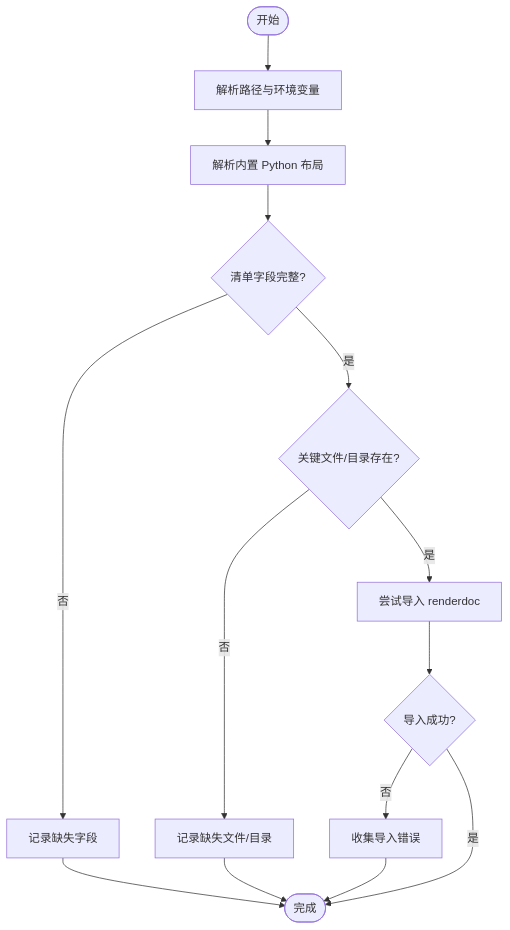
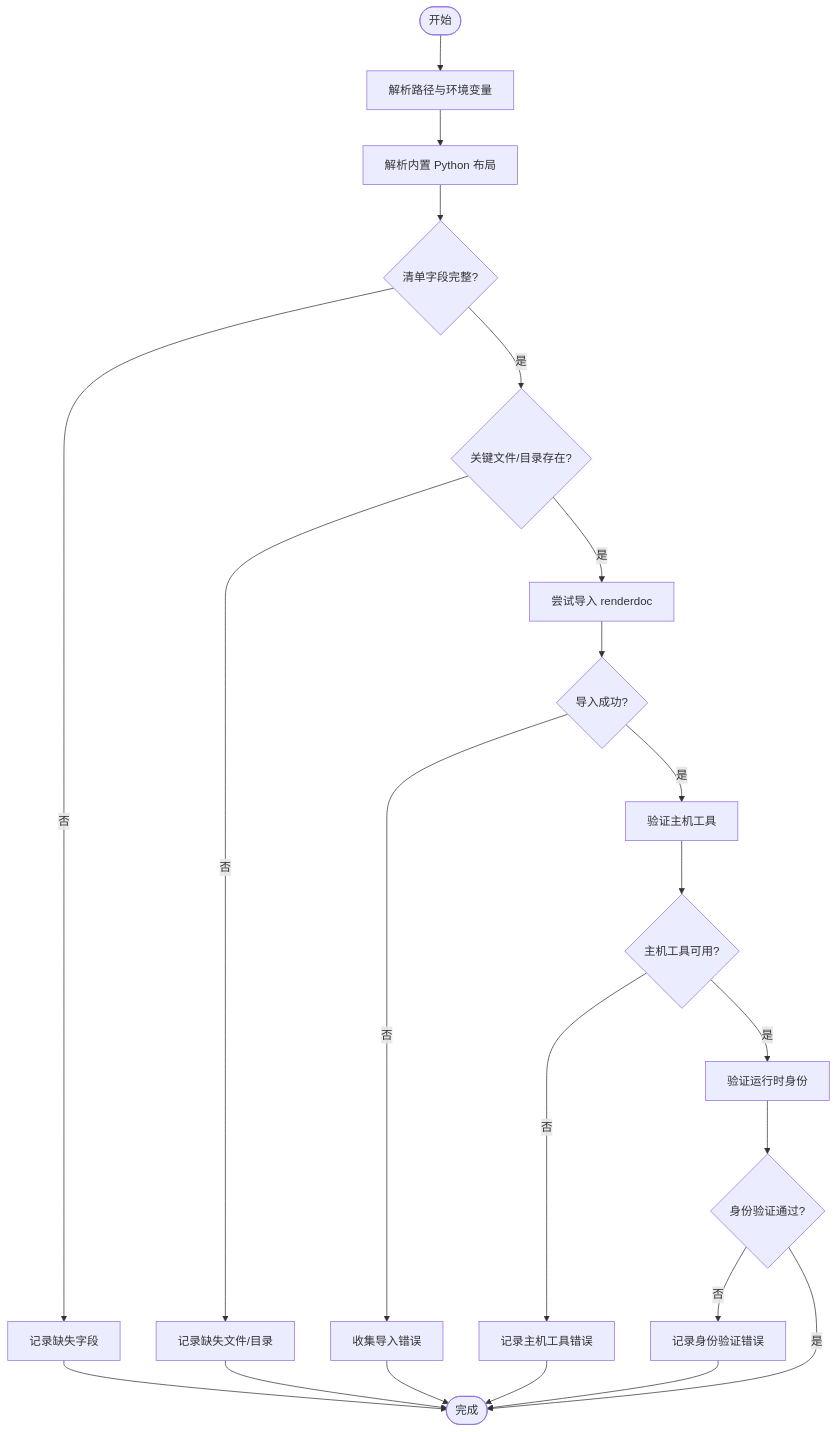
The third of 6 diagrams in .qoder/repowiki/zh/content/运行时管理/依赖检查系统.md (haolange/RDC-Tool), drawn with Mermaid before and after one commit. The commit also changed other lines of this file and 67 other files, not shown here.

````diff
--- a/.qoder/repowiki/zh/content/运行时管理/依赖检查系统.md
+++ b/.qoder/repowiki/zh/content/运行时管理/依赖检查系统.md
@@ -129,16 +168,24 @@
 ```mermaid
 flowchart TD
 Start(["开始"]) --> Env["解析路径与环境变量"]
 Env --> Layout["解析内置 Python 布局"]
 Layout --> CheckMeta{"清单字段完整?"}
 CheckMeta -- 否 --> FailMeta["记录缺失字段"]
 CheckMeta -- 是 --> CheckFiles{"关键文件/目录存在?"}
 CheckFiles -- 否 --> FailFiles["记录缺失文件/目录"]
 CheckFiles -- 是 --> ImportRD["尝试导入 renderdoc"]
 ImportRD --> RDOK{"导入成功?"}
 RDOK -- 否 --> ReportErr["收集导入错误"]
-RDOK -- 是 --> Done(["完成"])
+RDOK -- 是 --> HostTools["验证主机工具"]
+HostTools --> HTOK{"主机工具可用?"}
+HTOK -- 否 --> FailHT["记录主机工具错误"]
+HTOK -- 是 --> RuntimeID["验证运行时身份"]
+RuntimeID --> RIDOK{"身份验证通过?"}
+RIDOK -- 否 --> FailRI["记录身份验证错误"]
+RIDOK -- 是 --> Done(["完成"])
 FailMeta --> Done
 FailFiles --> Done
 ReportErr --> Done
+FailHT --> Done
+FailRI --> Done
 ```
````
